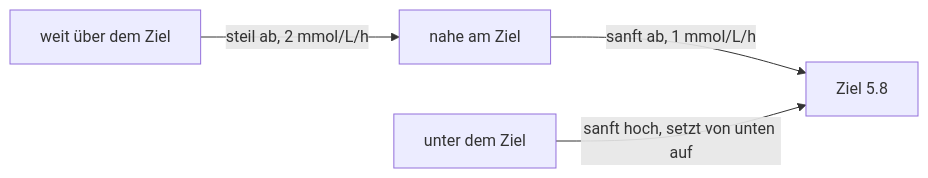
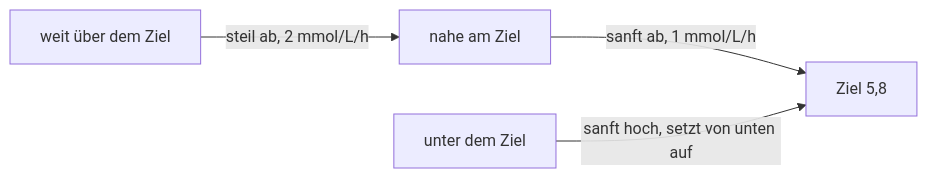
One commit to jodli/tir-tuner changed the second of 2 diagrams in docs/patient/de/brain.md. Above: the diagram before and after it, drawn with Mermaid. The commit also changed other lines of this file and 5 other files, not shown here.

````diff
--- a/docs/patient/de/brain.md
+++ b/docs/patient/de/brain.md
@@ -63,6 +63,6 @@
 ```mermaid
 flowchart LR
     A["weit über dem Ziel"] -->|steil ab, 2 mmol/L/h| B["nahe am Ziel"]
-    B -->|sanft ab, 1 mmol/L/h| C[Ziel 5.8]
+    B -->|sanft ab, 1 mmol/L/h| C[Ziel 5,8]
     D["unter dem Ziel"] -->|sanft hoch, setzt von unten auf| C
 ```
````
